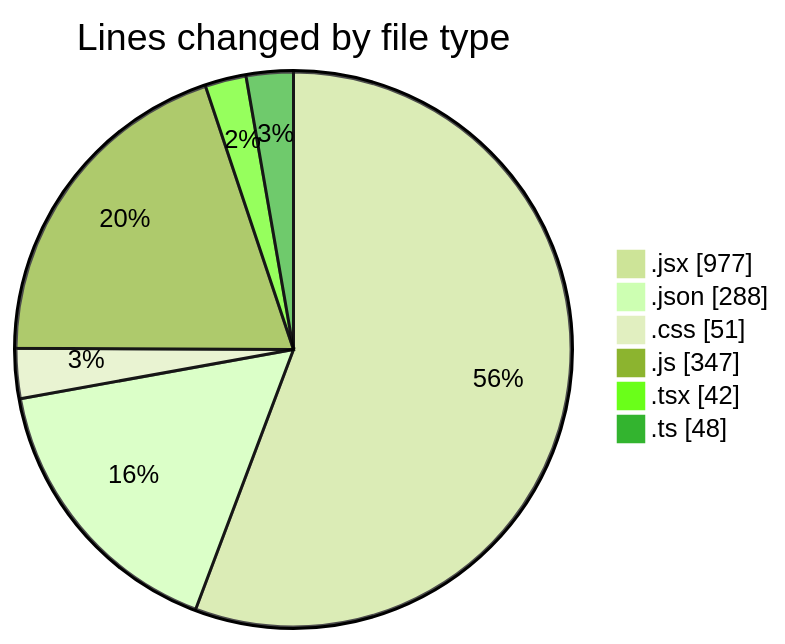
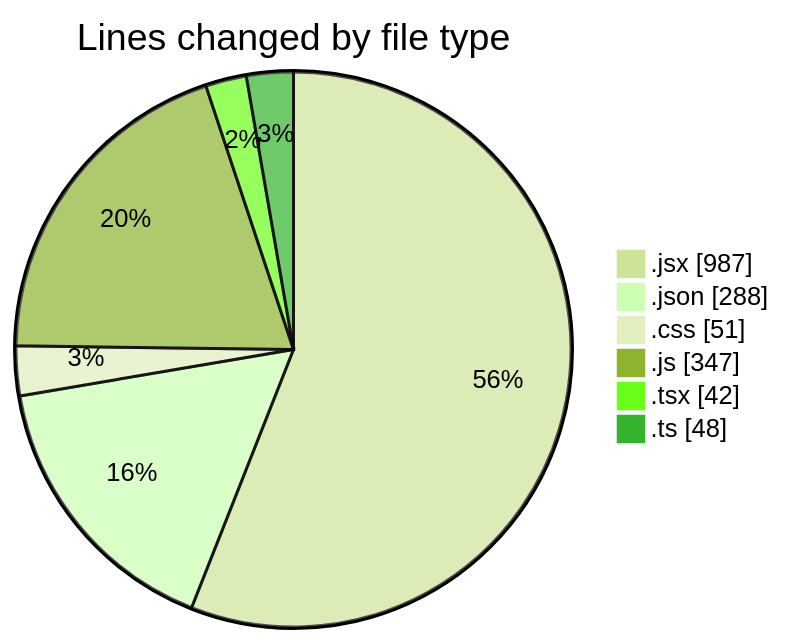
The first of 2 diagrams in 2026-03-19/commonwealth-front-end-task/README.md (momahboobian/code-tracking), drawn with Mermaid (forest theme) before and after one commit. The commit also changed other lines of this file and 1 other file, not shown here.

````diff
--- a/2026-03-19/commonwealth-front-end-task/README.md
+++ b/2026-03-19/commonwealth-front-end-task/README.md
@@ -39,10 +39,10 @@
 ```mermaid
 pie showData
 title Lines changed by file type
-".jsx" : 977
+".jsx" : 987
 ".json" : 288
 ".css" : 51
 ".js" : 347
 ".tsx" : 42
 ".ts" : 48
 ```
````
